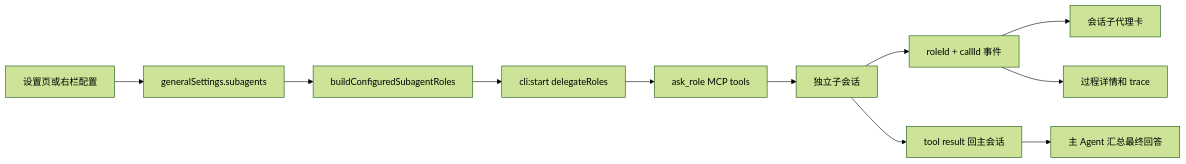
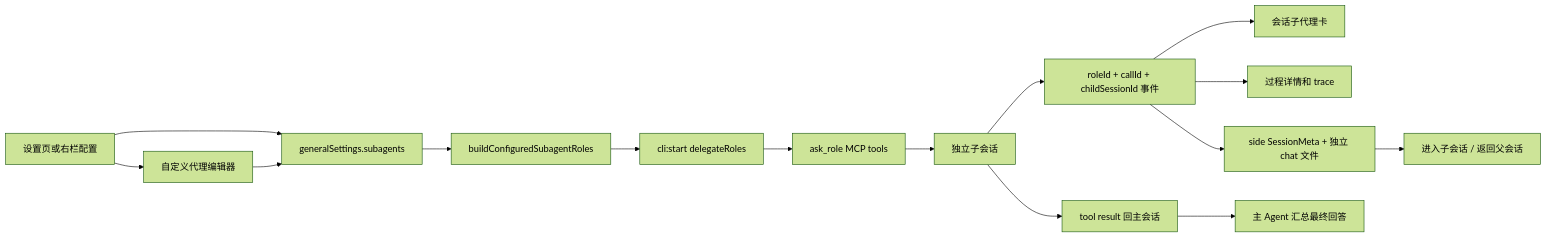
The diagram in docs/subagent-management.md (rambocode/cortex-work), drawn with Mermaid (forest theme) before and after one commit. The commit also changed other lines of this file and 49 other files, not shown here.

````diff
--- a/docs/subagent-management.md
+++ b/docs/subagent-management.md
@@ -18,13 +20,17 @@
 ```mermaid
 flowchart LR
   A[设置页或右栏配置] --> B[generalSettings.subagents]
+  A --> N[自定义代理编辑器]
+  N --> B
   B --> C[buildConfiguredSubagentRoles]
   C --> D[cli:start delegateRoles]
   D --> E[ask_role MCP tools]
   E --> F[独立子会话]
-  F --> G[roleId + callId 事件]
+  F --> G[roleId + callId + childSessionId 事件]
   G --> H[会话子代理卡]
   G --> I[过程详情和 trace]
+  G --> L[side SessionMeta + 独立 chat 文件]
+  L --> M[进入子会话 / 返回父会话]
   F --> J[tool result 回主会话]
   J --> K[主 Agent 汇总最终回答]
 ```
````
